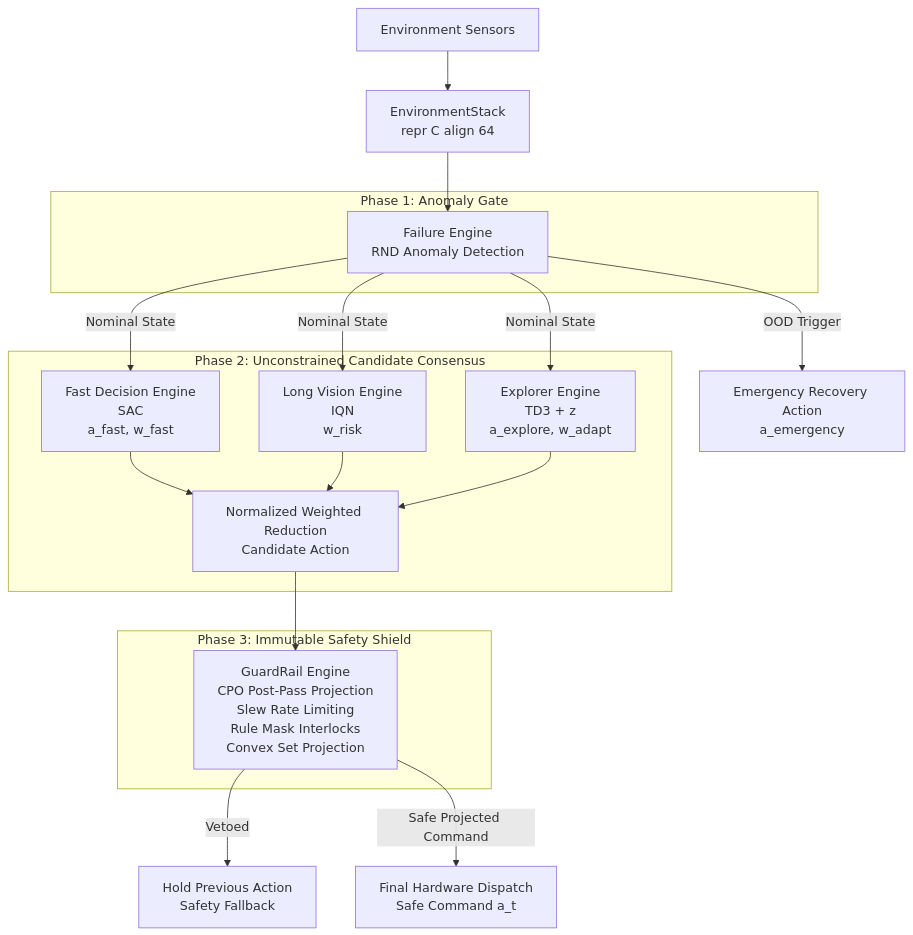
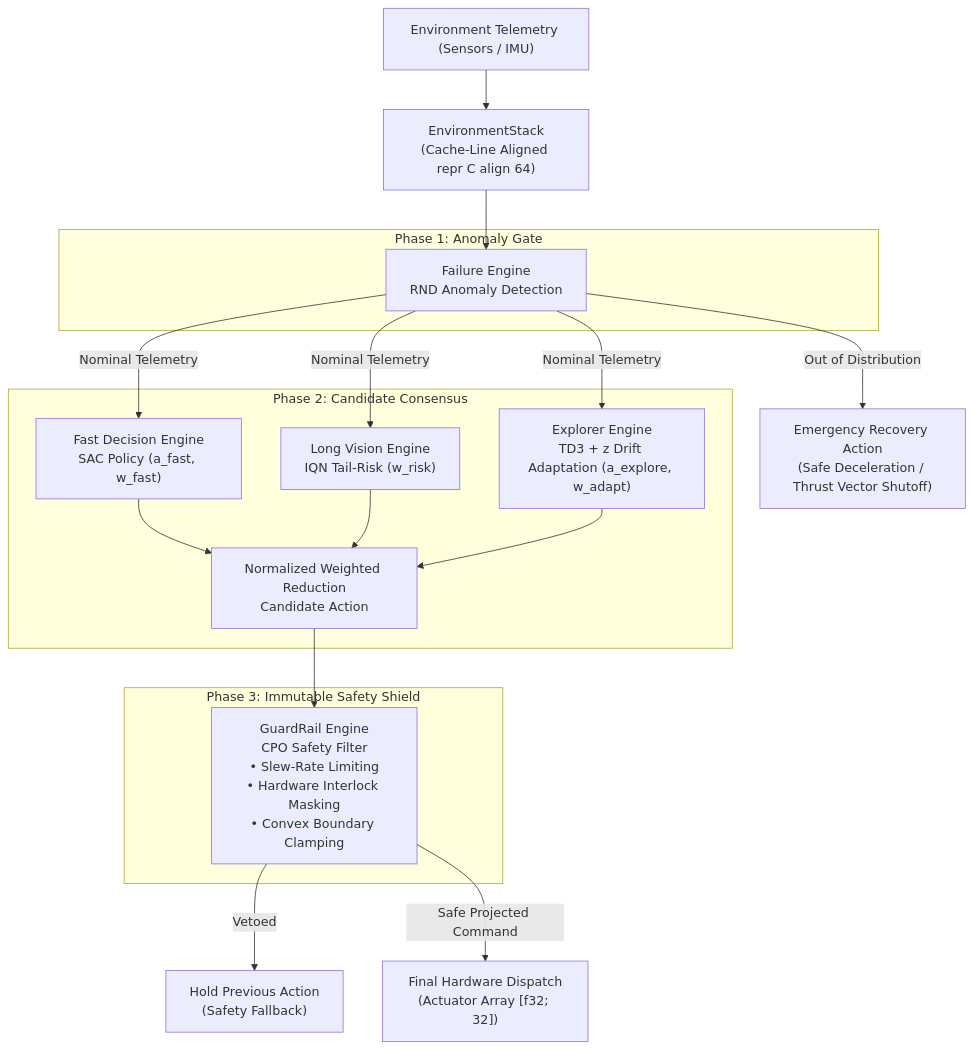
Before and after one commit to Aditya-B-007/Shiva: the second of 2 diagrams in README.md, drawn with Mermaid. The commit also changed other lines of this file and 19 other files, not shown here.

````diff
--- a/README.md
+++ b/README.md
@@ -83,48 +196,42 @@
 ```mermaid
 flowchart TD
 
-    ENV["Environment Sensors"]
-    ES["EnvironmentStack<br/>repr C align 64"]
+    ENV["Environment Telemetry (Sensors / IMU)"]
+    ES["EnvironmentStack<br/>(Cache-Line Aligned repr C align 64)"]
 
     subgraph P1["Phase 1: Anomaly Gate"]
         FE["Failure Engine<br/>RND Anomaly Detection"]
     end
 
-    subgraph P2["Phase 2: Unconstrained Candidate Consensus"]
-        FD["Fast Decision Engine<br/>SAC<br/>a_fast, w_fast"]
-
-        LV["Long Vision Engine<br/>IQN<br/>w_risk"]
-
-        EX["Explorer Engine<br/>TD3 + z<br/>a_explore, w_adapt"]
-
+    subgraph P2["Phase 2: Candidate Consensus"]
+        FD["Fast Decision Engine<br/>SAC Policy (a_fast, w_fast)"]
+        LV["Long Vision Engine<br/>IQN Tail-Risk (w_risk)"]
+        EX["Explorer Engine<br/>TD3 + z Drift Adaptation (a_explore, w_adapt)"]
         MERGE["Normalized Weighted Reduction<br/>Candidate Action"]
     end
 
     subgraph P3["Phase 3: Immutable Safety Shield"]
-        GR["GuardRail Engine<br/>CPO Post-Pass Projection<br/>Slew Rate Limiting<br/>Rule Mask Interlocks<br/>Convex Set Projection"]
+        GR["GuardRail Engine<br/>CPO Safety Filter<br/>• Slew-Rate Limiting<br/>• Hardware Interlock Masking<br/>• Convex Boundary Clamping"]
     end
 
-    EMG["Emergency Recovery Action<br/>a_emergency"]
-
-    PREV["Hold Previous Action<br/>Safety Fallback"]
-
-    HW["Final Hardware Dispatch<br/>Safe Command a_t"]
+    EMG["Emergency Recovery Action<br/>(Safe Deceleration / Thrust Vector Shutoff)"]
+    PREV["Hold Previous Action<br/>(Safety Fallback)"]
+    HW["Final Hardware Dispatch<br/>(Actuator Array [f32; 32])"]
 
     ENV --> ES
     ES --> FE
 
-    FE -->|"OOD Trigger"| EMG
-
-    FE -->|"Nominal State"| FD
-    FE -->|"Nominal State"| LV
-    FE -->|"Nominal State"| EX
+    FE -->|"Out of Distribution"| EMG
+    FE -->|"Nominal Telemetry"| FD
+    FE -->|"Nominal Telemetry"| LV
+    FE -->|"Nominal Telemetry"| EX
 
     FD --> MERGE
     LV --> MERGE
     EX --> MERGE
 
     MERGE --> GR
 
     GR -->|"Vetoed"| PREV
     GR -->|"Safe Projected Command"| HW
 ```
````
